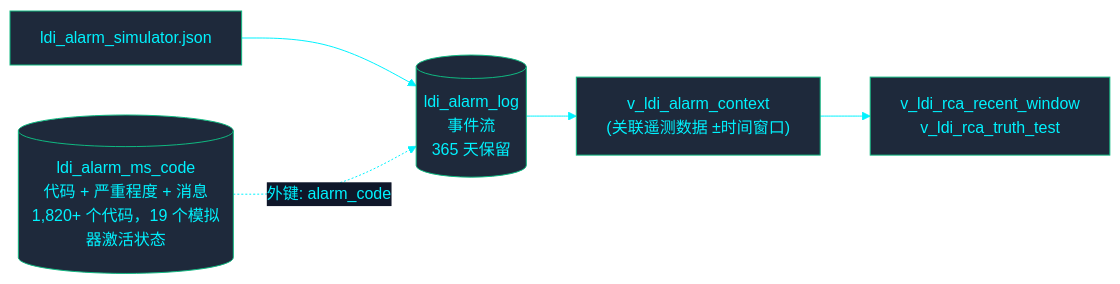
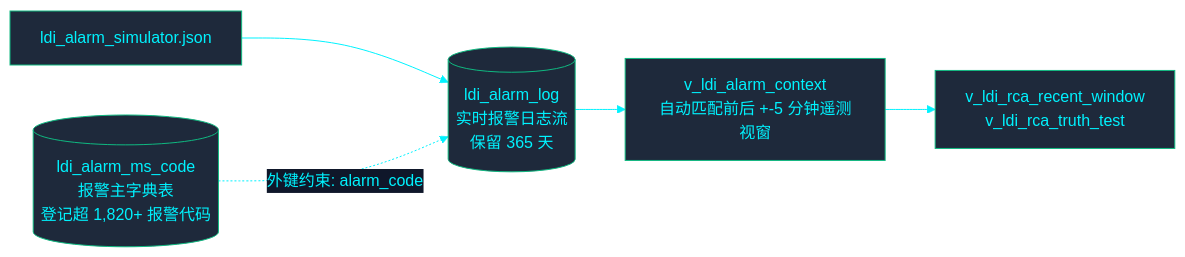
One commit to PATTANAKORN025/IMS changed the third of 3 diagrams in zh-CN/docs/architecture/DATA_FLOW.md. Above: the diagram before and after it, drawn with Mermaid. The commit also changed other lines of this file and 29 other files, not shown here.

Commit message:
docs: elevate ADRs, data flow, DR playbooks, mock data, and update flag to Taiwan flag across en/th/zh-CN

````diff
--- a/zh-CN/docs/architecture/DATA_FLOW.md
+++ b/zh-CN/docs/architecture/DATA_FLOW.md
@@ -75,8 +202,14 @@
 ```mermaid
 %%{init: {'theme': 'base', 'themeVariables': { 'primaryColor': '#1e293b', 'primaryTextColor': '#00F2FE', 'primaryBorderColor': '#10B981', 'lineColor': '#00F2FE', 'secondaryColor': '#0f172a', 'tertiaryColor': '#0f172a', 'clusterBkg': '#030407', 'clusterBorder': '#00F2FE'}}}%%
 flowchart LR
- ALMSIM["ldi_alarm_simulator.json"] --> ALOG[("ldi_alarm_log\n事件流\n365 天保留")]
- MASTER[("ldi_alarm_ms_code\n代码 + 严重程度 + 消息\n1,820+ 个代码，19 个模拟器激活状态")] -.->|"外键: alarm_code"| ALOG
- ALOG --> CTX["v_ldi_alarm_context\n(关联遥测数据 ±时间窗口)"]
- CTX --> RCA["v_ldi_rca_recent_window\nv_ldi_rca_truth_test"]
+  ALM_SIM["ldi_alarm_simulator.json"] --> ALOG[("ldi_alarm_log
+实时报警日志流
+保留 365 天")]
+  MASTER[("ldi_alarm_ms_code
+报警主字典表
+登记超 1,820+ 报警代码")] -.->|"外键约束: alarm_code"| ALOG
+  ALOG --> CTX["v_ldi_alarm_context
+自动匹配前后 +-5 分钟遥测视窗"]
+  CTX --> RCA["v_ldi_rca_recent_window
+v_ldi_rca_truth_test"]
 ```
````
